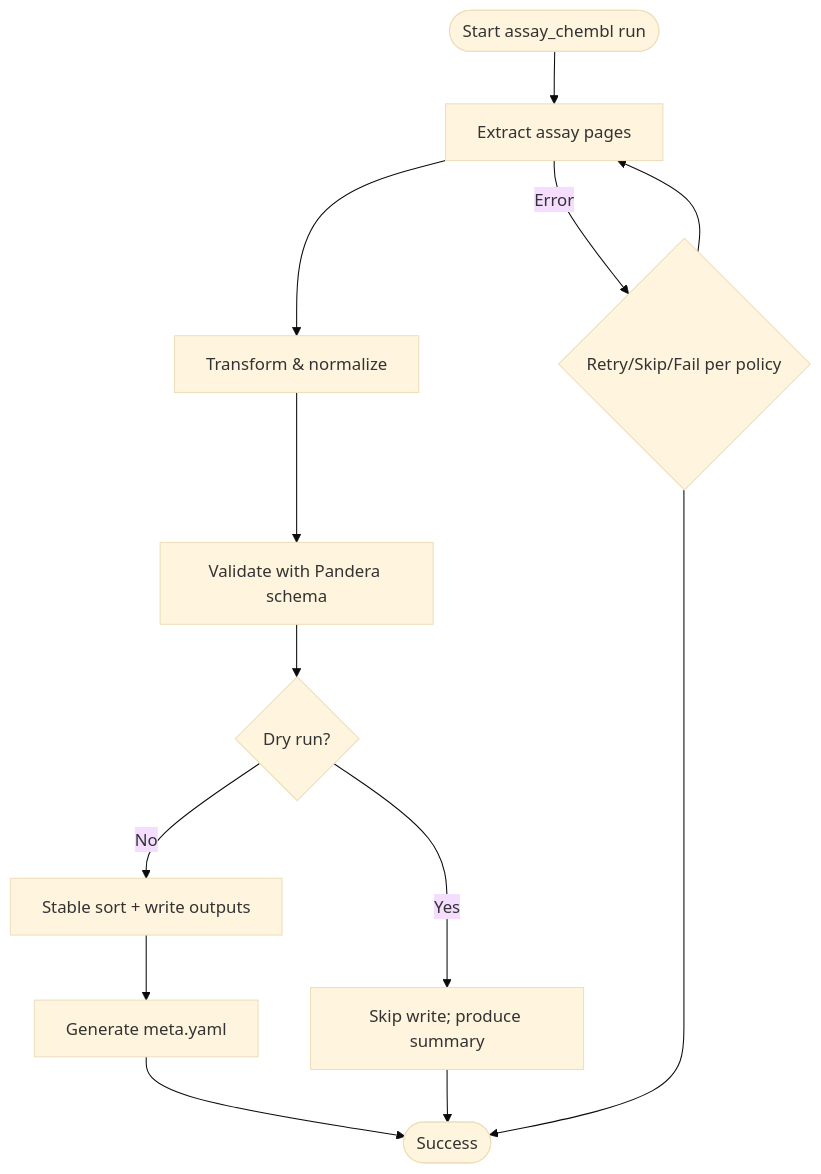
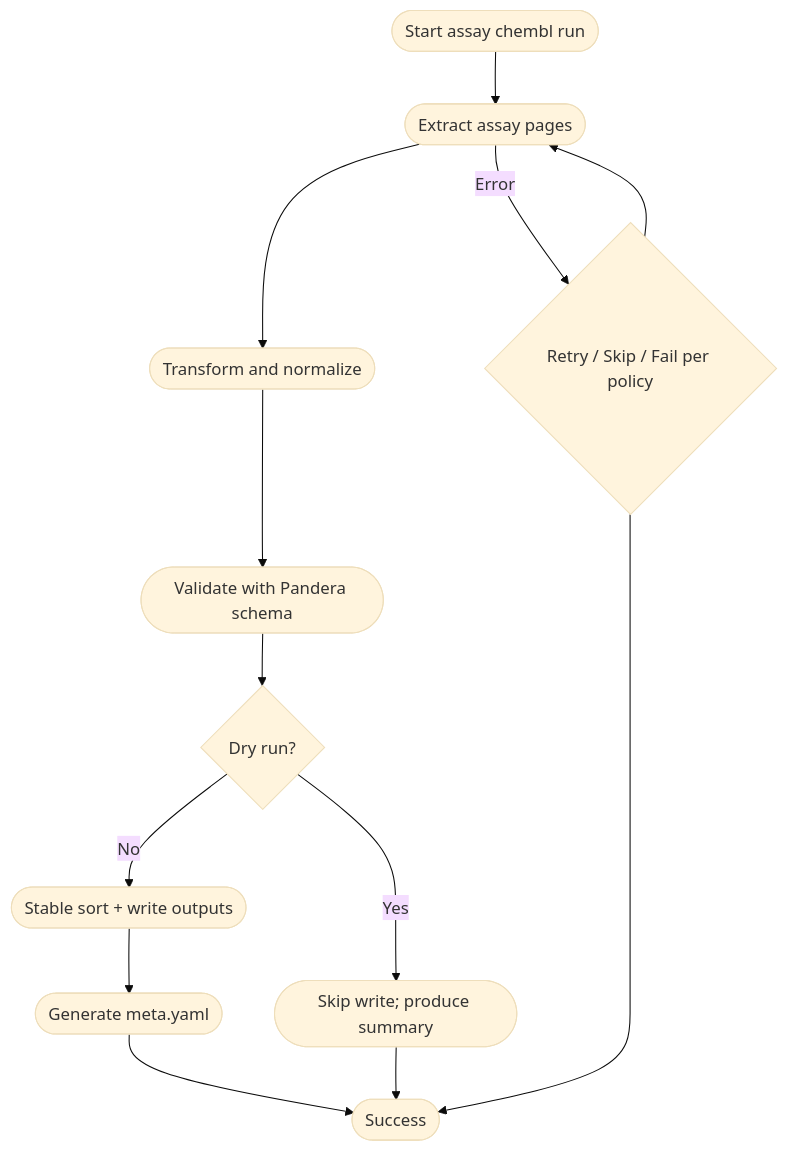
The diagram in docs/application/pipelines/chembl/assay/diagrams/flow/assay-workflow.mmd (SatoryKono/BioactivityDataAcquisition), drawn with Mermaid (base theme) before and after one commit. The commit also changed 44 other files, not shown here.

```diff
--- a/docs/application/pipelines/chembl/assay/diagrams/flow/assay-workflow.mmd
+++ b/docs/application/pipelines/chembl/assay/diagrams/flow/assay-workflow.mmd
@@ -1,13 +1,25 @@
+%%{init: { 'flowchart': { 'htmlLabels': true, 'useMaxWidth': true } }}%%
 flowchart TD
-    Start([Start assay_chembl run]) --> Extract[Extract assay pages]
-    Extract --> Transform[Transform & normalize]
-    Transform --> Validate[Validate with Pandera schema]
-    Validate --> Decision{Dry run?}
-    Decision -- No --> Write[Stable sort + write outputs]
-    Write --> Meta[Generate meta.yaml]
-    Decision -- Yes --> SkipWrite[Skip write; produce summary]
-    Meta --> End([Success])
-    SkipWrite --> End
-    Extract -->|Error| Retry{Retry/Skip/Fail per policy}
-    Retry --> Extract
-    Retry --> End
+    start([Start assay chembl run])
+    extract(["Extract assay pages"])
+    transform(["Transform and normalize"])
+    validate(["Validate with Pandera schema"])
+    decision{Dry run?}
+    write(["Stable sort + write outputs"])
+    meta(["Generate meta.yaml"])
+    skip_write(["Skip write; produce summary"])
+    retry{Retry / Skip / Fail per policy}
+    success_state([Success])
+
+    start --> extract
+    extract --> transform
+    transform --> validate
+    validate --> decision
+    decision -- No --> write
+    decision -- Yes --> skip_write
+    write --> meta
+    meta --> success_state
+    skip_write --> success_state
+    extract -->|Error| retry
+    retry --> extract
+    retry --> success_state
```
